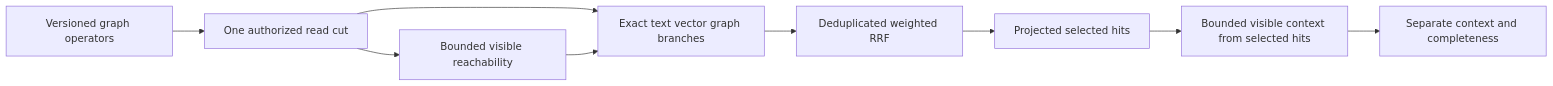
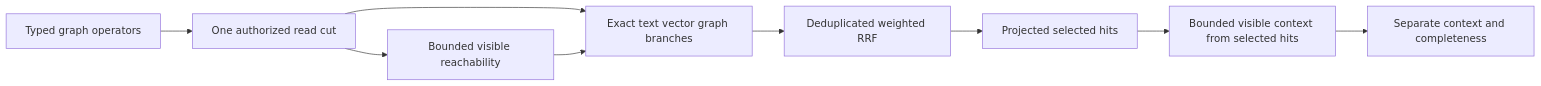
One commit to managedcode/KeyLoad changed the diagram in docs/Features/Search/GraphRetrieval.md. Above: the diagram before and after it, drawn with Mermaid. The commit also changed other lines of this file and 856 other files, not shown here.

````diff
--- a/docs/Features/Search/GraphRetrieval.md
+++ b/docs/Features/Search/GraphRetrieval.md
@@ -165,11 +165,11 @@
 ```mermaid
 flowchart LR
-  Request[Versioned graph operators] --> Cut[One authorized read cut]
+  Request[Typed graph operators] --> Cut[One authorized read cut]
   Cut --> Scope[Bounded visible reachability]
   Cut --> Branches[Exact text vector graph branches]
   Scope --> Branches
   Branches --> Fusion[Deduplicated weighted RRF]
   Fusion --> Hits[Projected selected hits]
   Hits --> Expansion[Bounded visible context from selected hits]
   Expansion --> Reply[Separate context and completeness]
 ```
````
